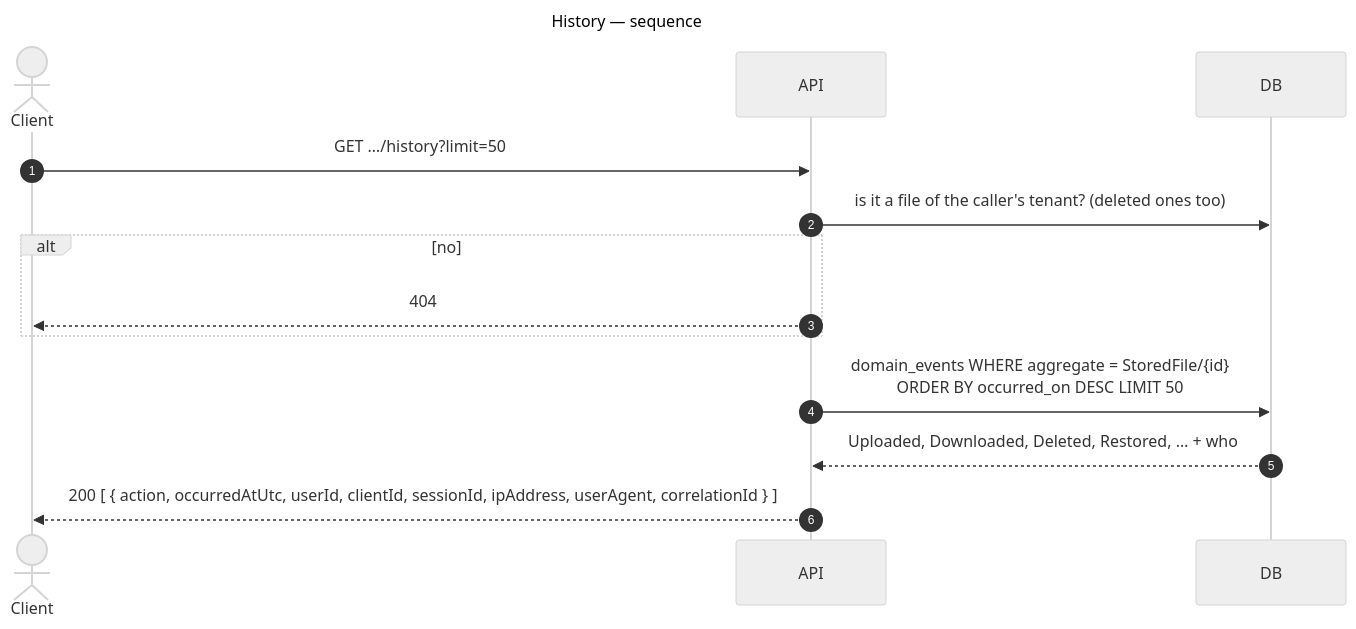
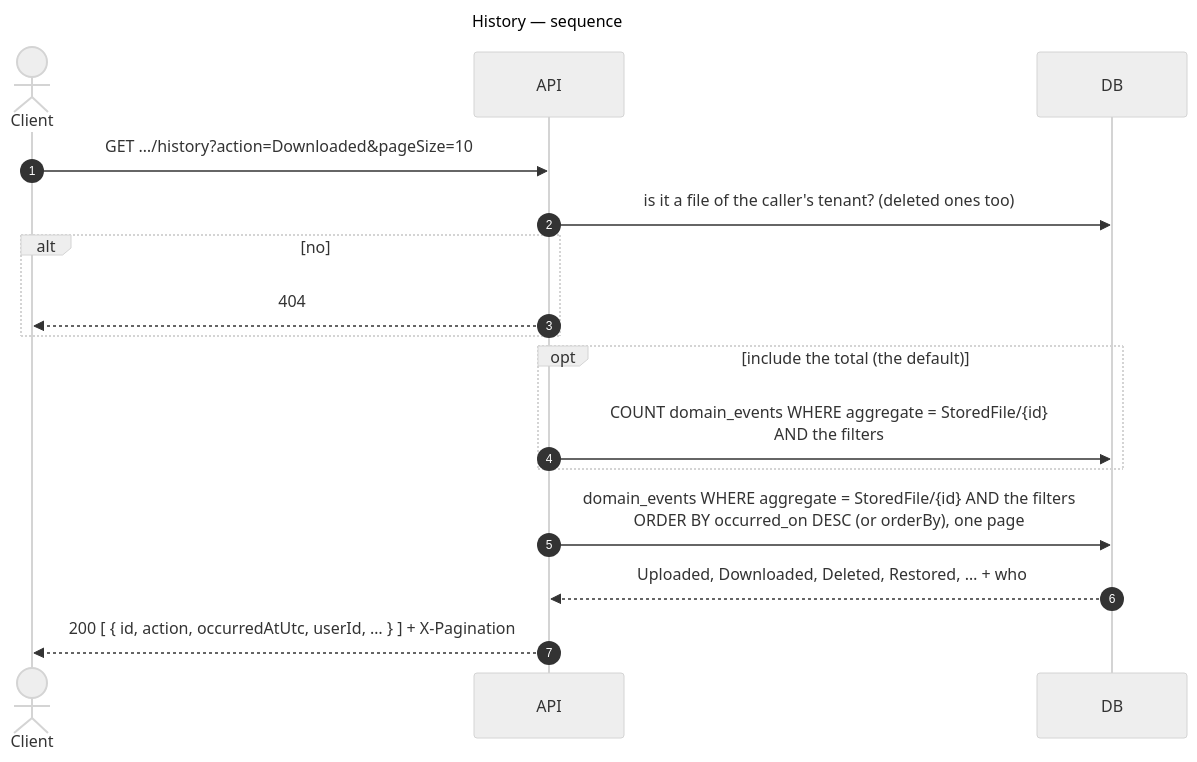
The eighth of 16 diagrams in docs/sequence-diagrams.md (gmetskhvarishvili/GM.FileStorage.Samples), drawn with Mermaid (neutral theme) before and after one commit. The commit also changed other lines of this file and 12 other files, not shown here.

First line of the commit message:
feat!: filter, order and page a file's history

````diff
--- a/docs/sequence-diagrams.md
+++ b/docs/sequence-diagrams.md
@@ -275,19 +275,22 @@
 ```mermaid
 ---
 title: History — sequence
 ---
 sequenceDiagram
     autonumber
     actor C as Client
     participant API
     participant DB
 
-    C->>API: GET …/history?limit=50
+    C->>API: GET …/history?action=Downloaded&pageSize=10
     API->>DB: is it a file of the caller's tenant? (deleted ones too)
     alt no
         API-->>C: 404
     end
-    API->>DB: domain_events WHERE aggregate = StoredFile/{id}<br/>ORDER BY occurred_on DESC LIMIT 50
+    opt include the total (the default)
+        API->>DB: COUNT domain_events WHERE aggregate = StoredFile/{id}<br/>AND the filters
+    end
+    API->>DB: domain_events WHERE aggregate = StoredFile/{id} AND the filters<br/>ORDER BY occurred_on DESC (or orderBy), one page
     DB-->>API: Uploaded, Downloaded, Deleted, Restored, … + who
-    API-->>C: 200 [ { action, occurredAtUtc, userId, clientId, sessionId, ipAddress, userAgent, correlationId } ]
+    API-->>C: 200 [ { id, action, occurredAtUtc, userId, … } ] + X-Pagination
 ```
````
